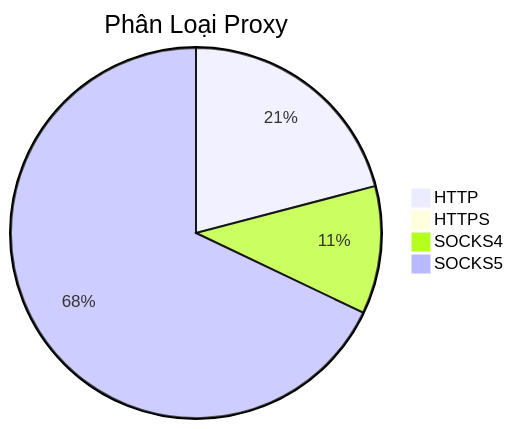
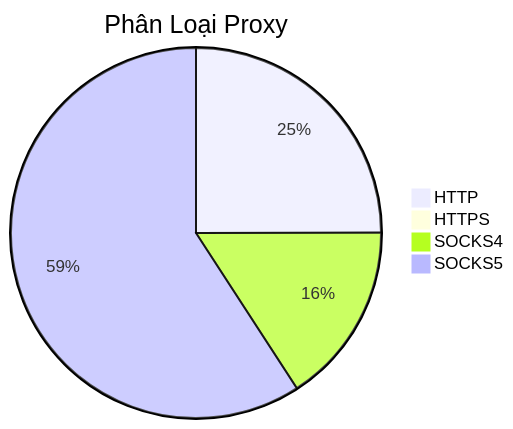
Before and after one commit to Ciara-Aa/PROXY-free: the diagram in README.md, drawn with Mermaid. The commit also changed other lines of this file and 4 other files, not shown here.

````diff
--- a/README.md
+++ b/README.md
@@ -26,7 +26,7 @@
 ```mermaid
 pie title Phân Loại Proxy
-    "HTTP" : 561
-    "HTTPS" : 7
-    "SOCKS4" : 299
-    "SOCKS5" : 1821
+    "HTTP" : 456
+    "HTTPS" : 5
+    "SOCKS4" : 290
+    "SOCKS5" : 1081
 ```
````
